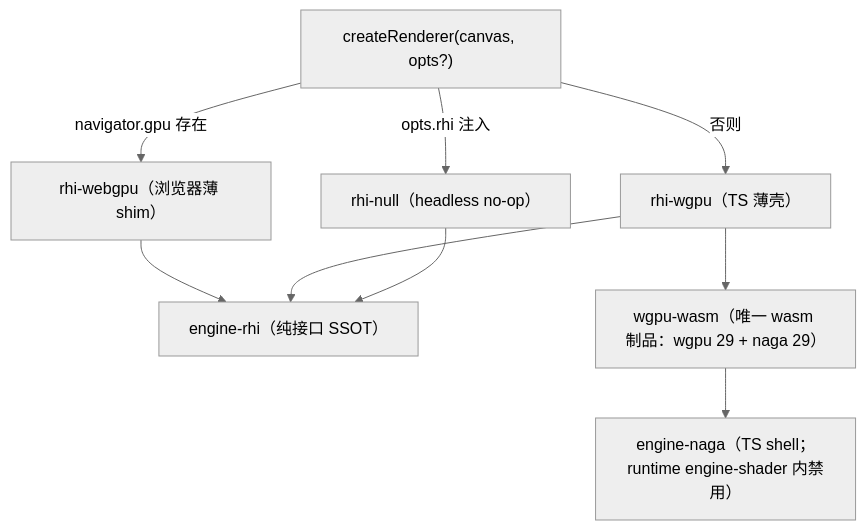
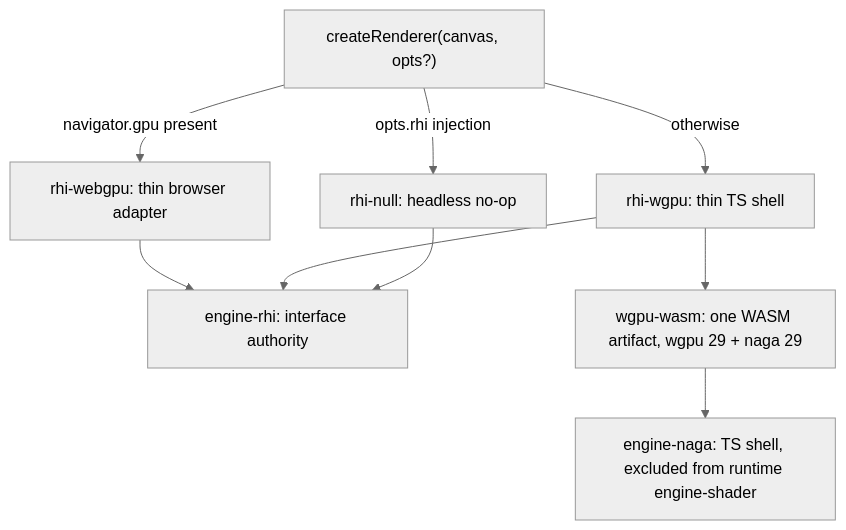
One commit to ForgeaX-Games/forgeax-editor changed the diagram in packages/engine/skills/forgeax-engine-rhi/SKILL.md. Above: the diagram before and after it, drawn with Mermaid (neutral theme). The commit also changed other lines of this file and 7023 other files, not shown here.

````diff
--- a/packages/engine/skills/forgeax-engine-rhi/SKILL.md
+++ b/packages/engine/skills/forgeax-engine-rhi/SKILL.md
@@ -43,11 +45,11 @@
 ```mermaid
 flowchart TD
-  CR["createRenderer(canvas, opts?)"] -->|opts.rhi 注入| NULL["rhi-null（headless no-op）"]
-  CR -->|navigator.gpu 存在| WG["rhi-webgpu（浏览器薄 shim）"]
-  CR -->|否则| WP["rhi-wgpu（TS 薄壳）"]
-  WG --> RHI["engine-rhi（纯接口 SSOT）"]
-  WP --> WASM["wgpu-wasm（唯一 wasm 制品：wgpu 29 + naga 29）"]
+  CR["createRenderer(canvas, opts?)"] -->|opts.rhi injection| NULL["rhi-null: headless no-op"]
+  CR -->|navigator.gpu present| WG["rhi-webgpu: thin browser adapter"]
+  CR -->|otherwise| WP["rhi-wgpu: thin TS shell"]
+  WG --> RHI["engine-rhi: interface authority"]
+  WP --> WASM["wgpu-wasm: one WASM artifact, wgpu 29 + naga 29"]
   WP --> RHI
-  WASM --> NAGA["engine-naga（TS shell；runtime engine-shader 内禁用）"]
+  WASM --> NAGA["engine-naga: TS shell, excluded from runtime engine-shader"]
   NULL --> RHI
 ```
````
